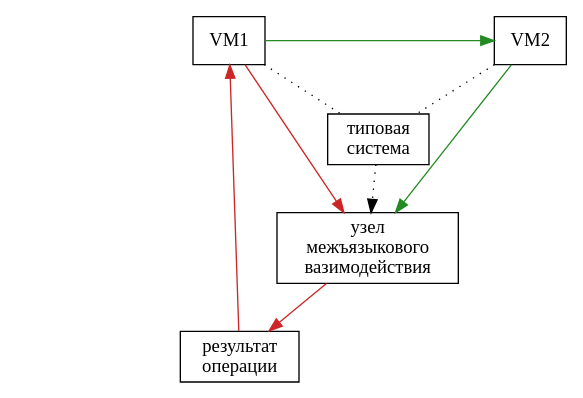
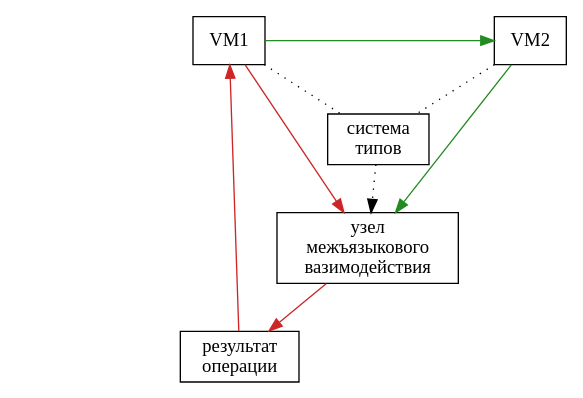
The diagram in res/dot/architecture-sample.dot (kp2pml30/bachelor-thesis), drawn with Graphviz before and after one commit. The commit also changed 3 other files, not shown here.

```diff
--- a/res/dot/architecture-sample.dot
+++ b/res/dot/architecture-sample.dot
@@ -1,40 +1,40 @@
 digraph G {
 	node [shape=rect];
 	rankdir = TD;
 	splines=false;
 	rank1 [style=invisible];
 	rank2 [style=invisible];
 	rank3 [style=invisible];
 	rank1 -> rank2 -> rank3 [style=invis];
 
-	VM1; TypeSys[label="типовая\nсистема"]; VM2;
+	VM1; TypeSys[label="система\nтипов"]; VM2;
 	Nodee[label="узел\nмежъязыкового\nвазимодействия"];
 	balancer [style=invis, label="типоваятиповая\nсистемасистема"];
 
 	{
 		rank = same;
 		rank1 -> VM1-> balancer -> VM2 [style=invis];
 	}
 	{
 		rank = same;
 		r2bal1 [style=invisible];
 		r2bal3 [style=invisible];
 		rank2 -> r2bal1 -> Nodee -> r2bal3 [style=invis];
 	}
 	{
 		rank = same;
 		r3bal2 [style=invisible];
 		r3bal3 [style=invisible];
 		rank3 -> Data -> r3bal2 -> r3bal3 [style=invis];
 	}
 	Data[label="результат\nоперации"];
 	Data-> VM1[color=firebrick3];
 	VM1 -> TypeSys [style=dotted, arrowhead=none];
 	VM1 -> VM2 [color=forestgreen];
 	VM2 -> TypeSys [style=dotted, arrowhead=none];
 	TypeSys -> Nodee [style=dotted];
 	VM2 -> Nodee[color=forestgreen];
 	//{rank=same; VM1; VM2}
 	VM1-> Nodee [color=firebrick3];
 	Nodee -> Data[color=firebrick3];
 }
```
